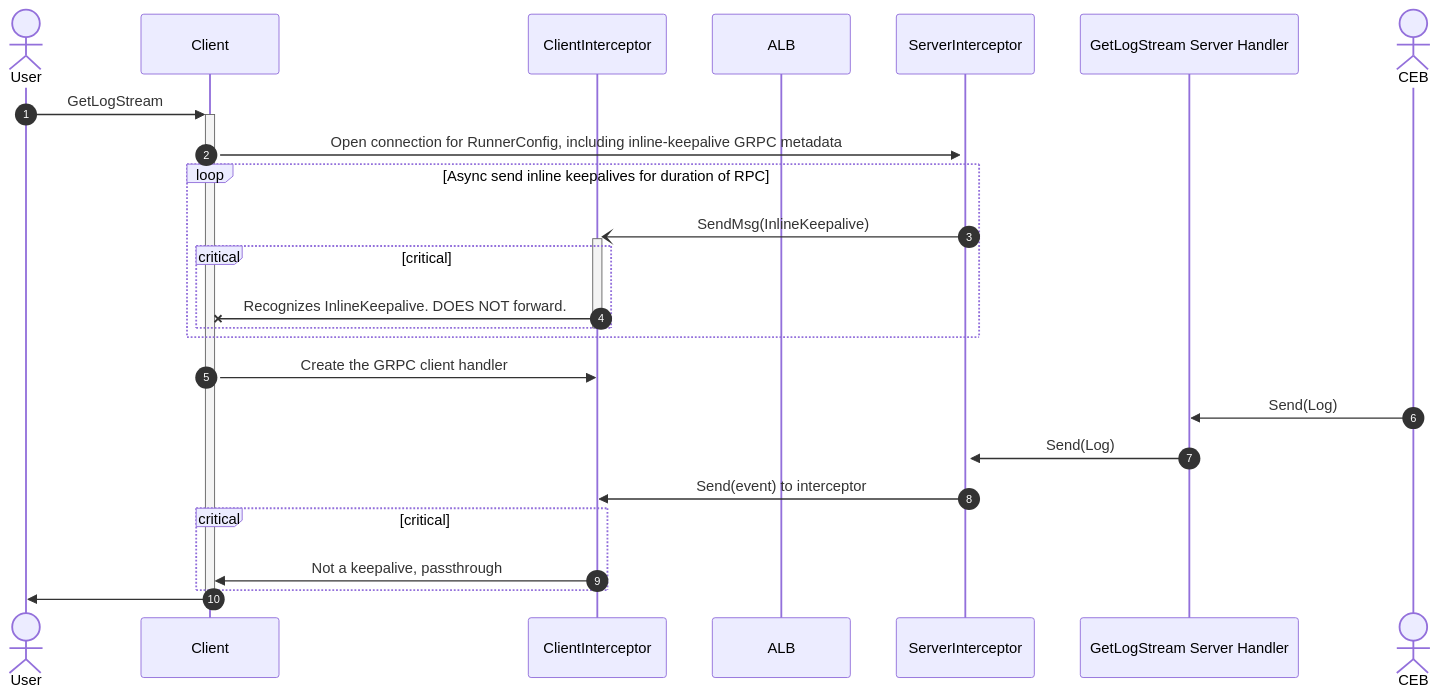
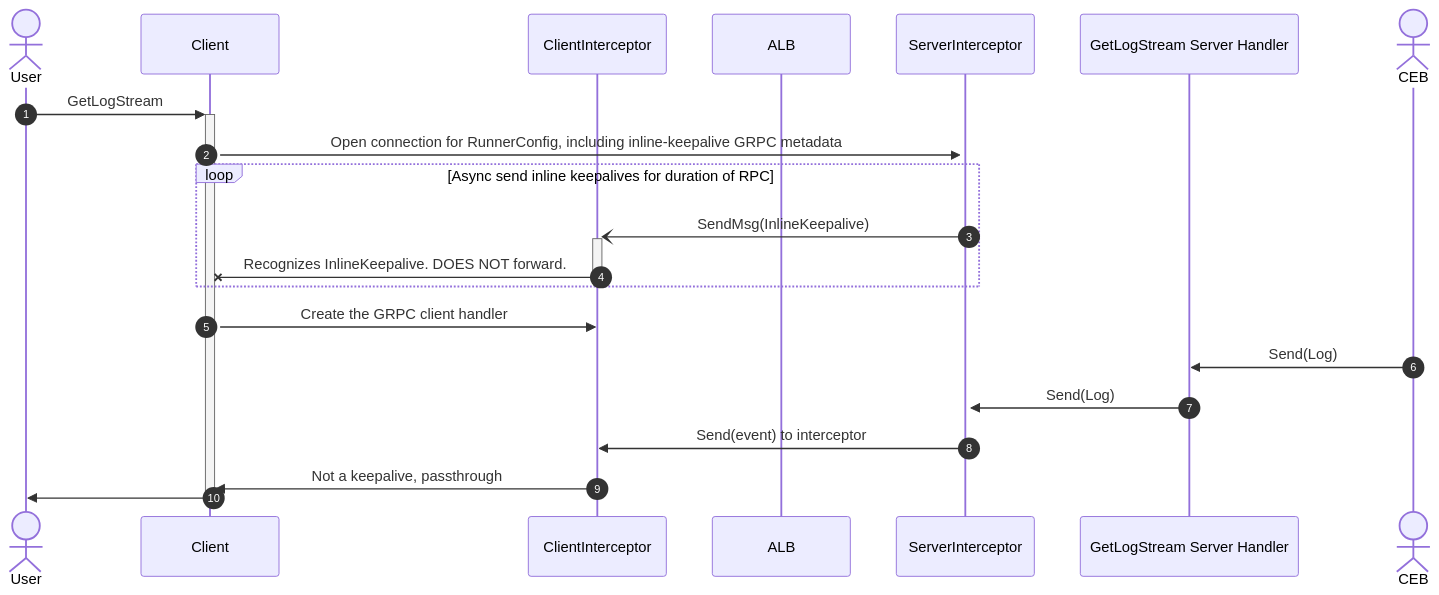
One commit to hashicorp/waypoint changed the second of 2 diagrams in pkg/inlinekeepalive/README.md. Above: the diagram before and after it, drawn with Mermaid. The commit also changed other lines of this file, not shown here.

Commit message:
Make critical region compatible with github mermaid

````diff
--- a/pkg/inlinekeepalive/README.md
+++ b/pkg/inlinekeepalive/README.md
@@ -64,40 +63,39 @@
 ```mermaid
 sequenceDiagram
 autonumber
 
 actor User
 participant Client
 participant ClientInterceptor
 participant ALB
 participant ServerInterceptor
 participant GetLogStream Server Handler
 actor CEB
 
 
 User ->> +Client: GetLogStream
 
 Client ->> +ServerInterceptor: Open connection for RunnerConfig, including inline-keepalive GRPC metadata
 
 loop Async send inline keepalives for duration of RPC
     ServerInterceptor -) +ClientInterceptor: SendMsg(InlineKeepalive)
-
-    critical critical
-        ClientInterceptor -x Client: Recognizes InlineKeepalive. DOES NOT forward.
-    end
+    
+    %% Critical
+    ClientInterceptor -x Client: Recognizes InlineKeepalive. DOES NOT forward.
+    
     deactivate ClientInterceptor
 end
 
 Client ->> ClientInterceptor: Create the GRPC client handler
 
 CEB ->> GetLogStream Server Handler: Send(Log)
 GetLogStream Server Handler ->> ServerInterceptor: Send(Log)
 ServerInterceptor ->> ClientInterceptor: Send(event) to interceptor
 
-critical critical
-    ClientInterceptor ->> Client: Not a keepalive, passthrough
-end
+%% Critical
+ClientInterceptor ->> Client: Not a keepalive, passthrough
 
 Client ->> User: 
 
 deactivate Client
 ```
````
